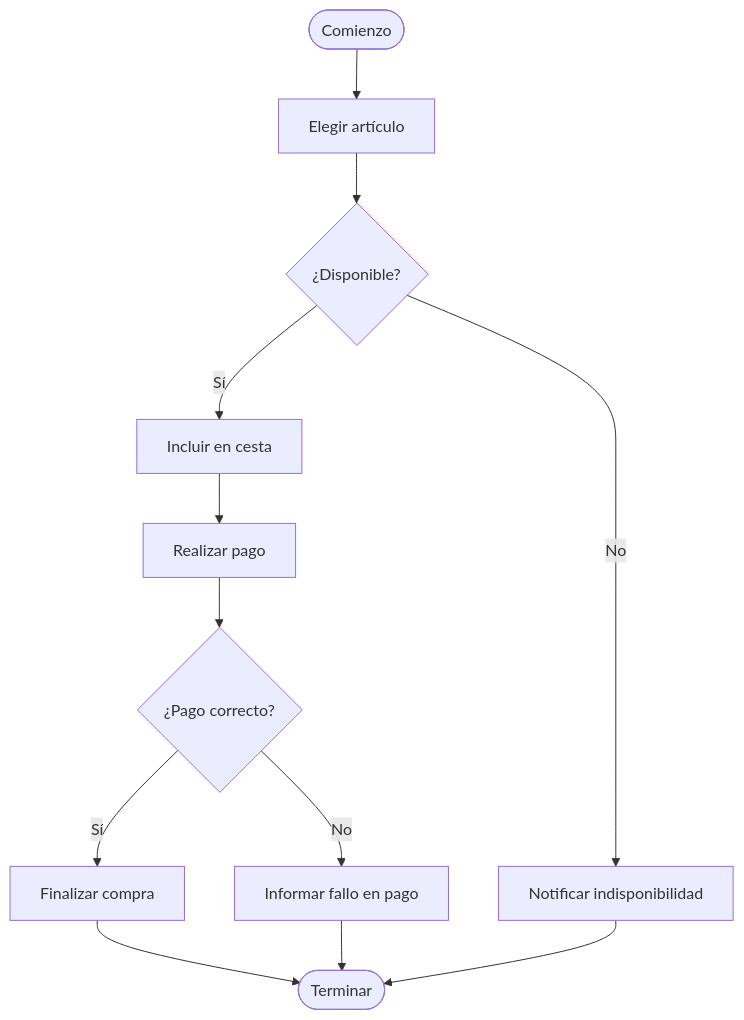
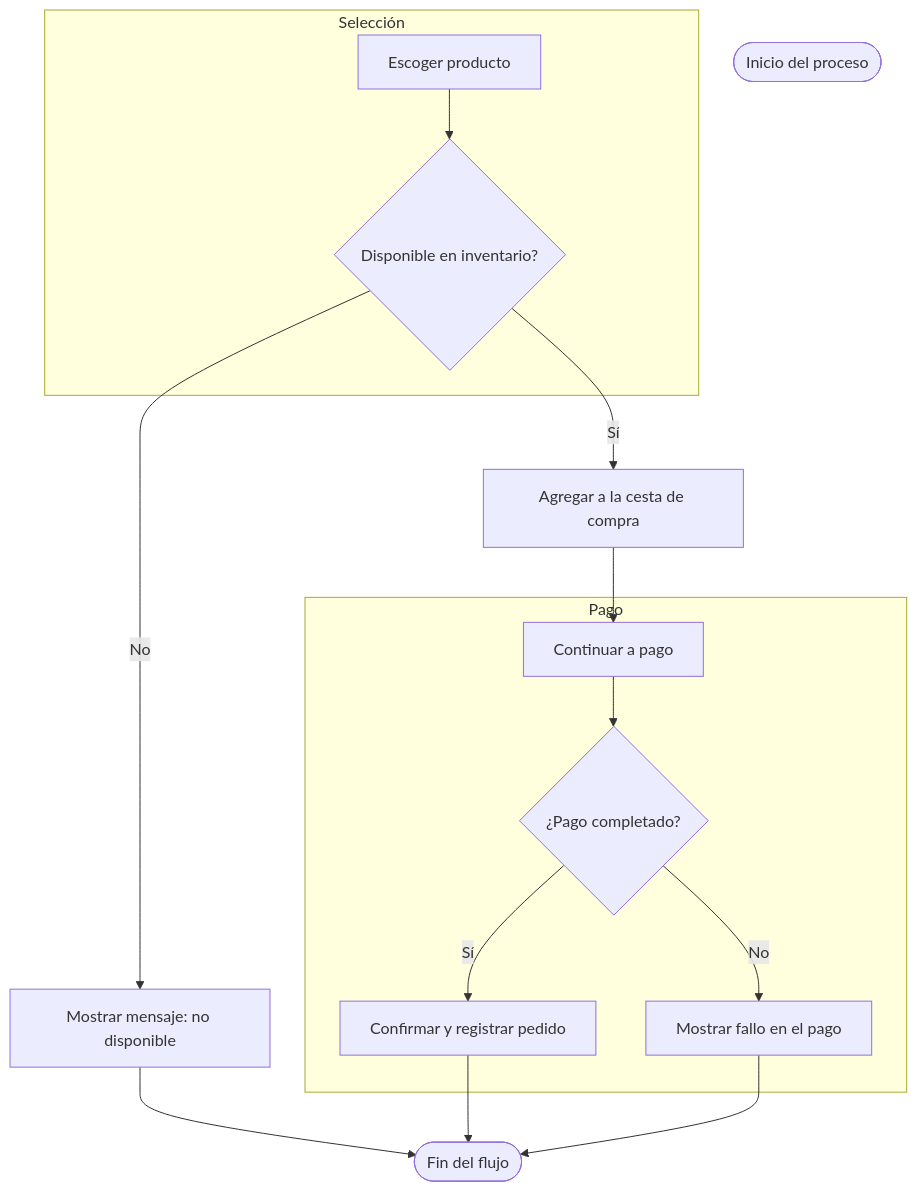
One commit to JaviAngulo1/JavierAngulo-1-DAW changed the third of 3 diagrams in EEDD/Plataforma Web de Gestión Integral de Almacenes y Stock/README.md. Above: the diagram before and after it, drawn with Mermaid.

````diff
--- a/EEDD/Plataforma Web de Gestión Integral de Almacenes y Stock/README.md
+++ b/EEDD/Plataforma Web de Gestión Integral de Almacenes y Stock/README.md
@@ -200,15 +200,24 @@
 ```mermaid
 flowchart TD
-  Inicio([Comienzo])
-  Inicio --> Seleccion[Elegir artículo]
-  Seleccion --> VerificaStock{¿Disponible?}
-  VerificaStock -- Sí --> Añadir[Incluir en cesta]
-  VerificaStock -- No --> SinStock[Notificar indisponibilidad]
-  Añadir --> Pago[Realizar pago]
-  Pago --> ValidarPago{¿Pago correcto?}
-  ValidarPago -- Sí --> Confirmacion[Finalizar compra]
-  ValidarPago -- No --> ErrorPago[Informar fallo en pago]
-  Confirmacion --> Fin([Terminar])
-  SinStock --> Fin
-  ErrorPago --> Fin
+  Inicio([Inicio del proceso])
+  
+  subgraph Selección
+    A[Escoger producto]
+    A --> B{Disponible en inventario?}
+  end
+  
+  B -- Sí --> C[Agregar a la cesta de compra]
+  B -- No --> X[Mostrar mensaje: no disponible]
+
+  C --> D[Continuar a pago]
+  
+  subgraph Pago
+    D --> E{¿Pago completado?}
+    E -- Sí --> F[Confirmar y registrar pedido]
+    E -- No --> Y[Mostrar fallo en el pago]
+  end
+
+  X --> Fin([Fin del flujo])
+  F --> Fin
+  Y --> Fin
 ```
````
